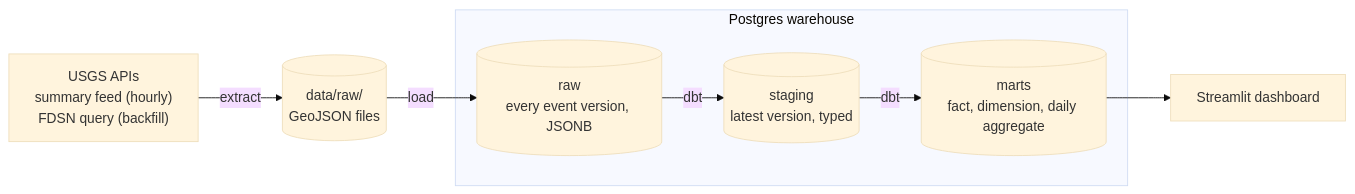
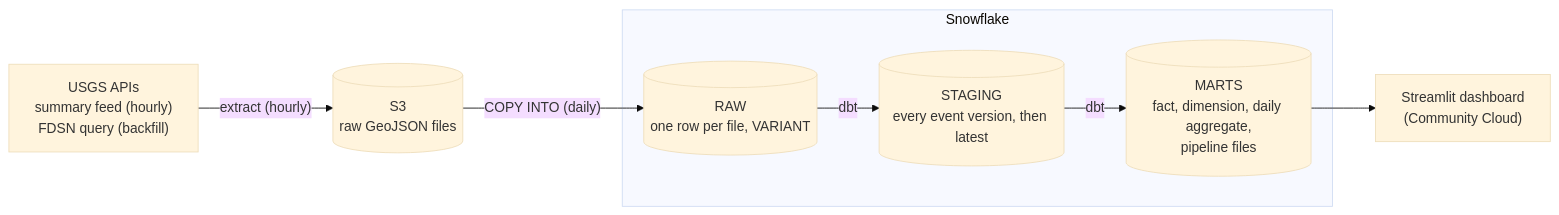
One commit to mikestantonmusic/quake-pipeline changed the diagram in README.md. Above: the diagram before and after it, drawn with Mermaid (base theme). The commit also changed other lines of this file and 28 other files, not shown here.

Commit message:
chore(cloud): remove Postgres loader and dbt copy; CI parses Snowflake project; cloud README and cost guide

````diff
--- a/README.md
+++ b/README.md
@@ -24,13 +29,13 @@
 ```mermaid
 flowchart LR
     usgs["USGS APIs<br/>summary feed (hourly)<br/>FDSN query (backfill)"]
-    files[("data/raw/<br/>GeoJSON files")]
-    subgraph pg [Postgres warehouse]
-        raw[("raw<br/>every event version, JSONB")]
-        stg[("staging<br/>latest version, typed")]
-        marts[("marts<br/>fact, dimension, daily aggregate")]
+    s3[("S3<br/>raw GeoJSON files")]
+    subgraph sf [Snowflake]
+        raw[("RAW<br/>one row per file, VARIANT")]
+        stg[("STAGING<br/>every event version, then latest")]
+        marts[("MARTS<br/>fact, dimension, daily aggregate,<br/>pipeline files")]
     end
-    dash["Streamlit dashboard"]
+    dash["Streamlit dashboard<br/>(Community Cloud)"]
 
-    usgs -- extract --> files -- load --> raw -- dbt --> stg -- dbt --> marts --> dash
+    usgs -- "extract (hourly)" --> s3 -- "COPY INTO (daily)" --> raw -- dbt --> stg -- dbt --> marts --> dash
 ```
````
